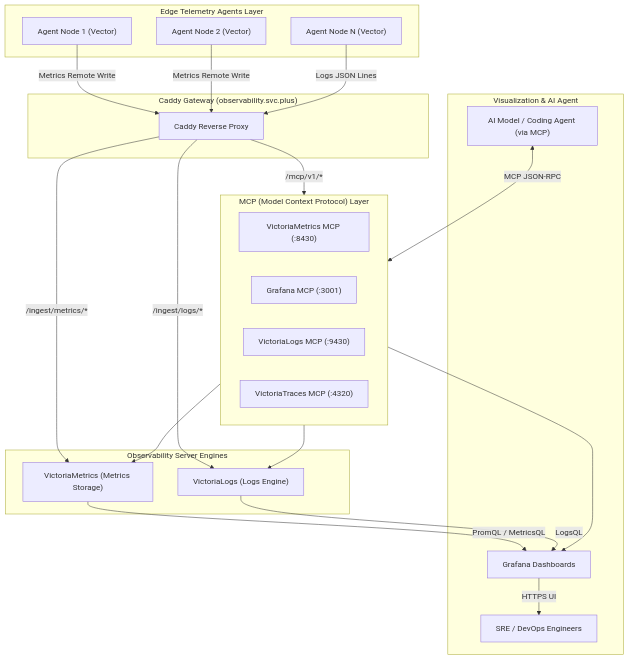
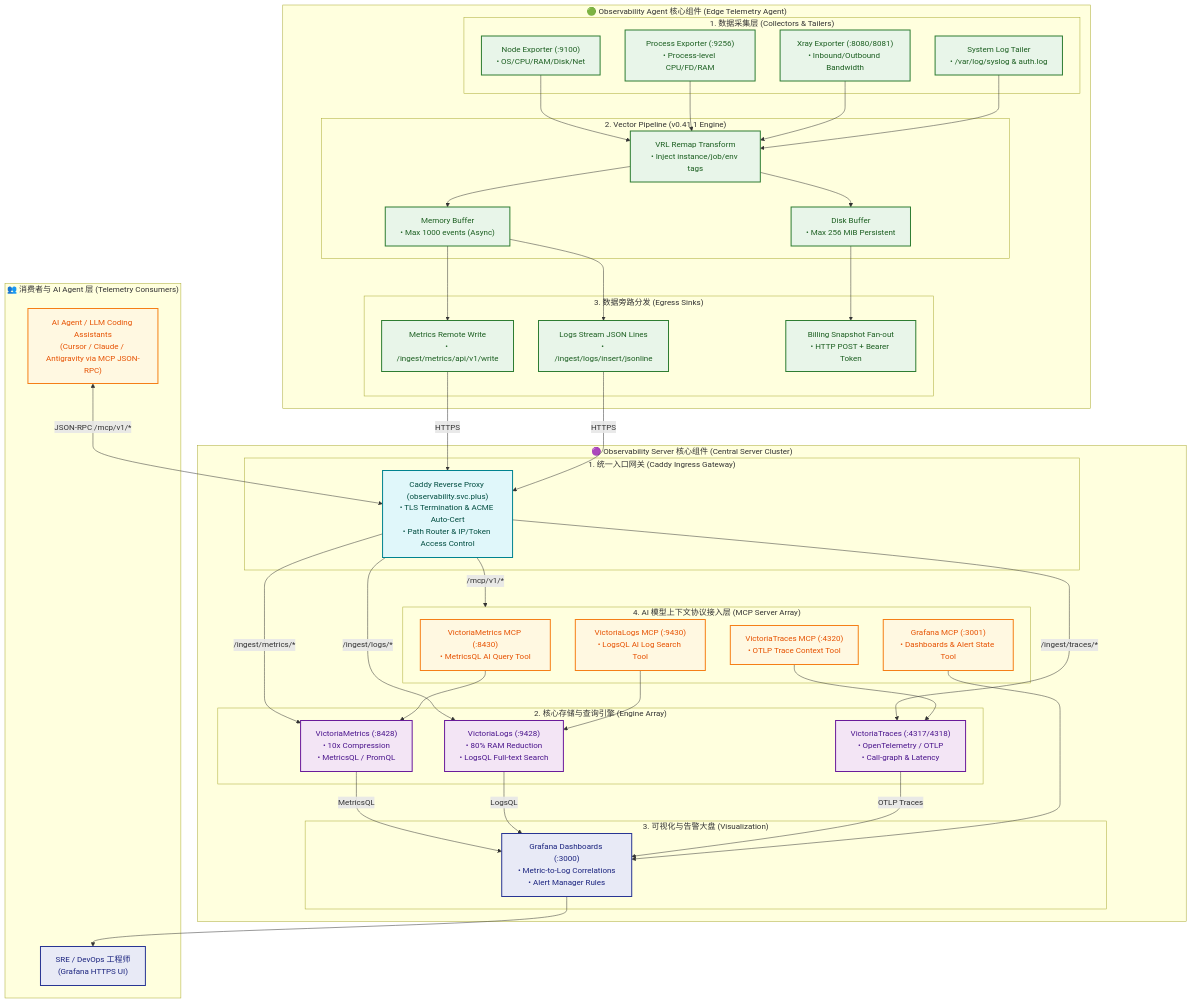
One commit to Cloud-Neutral-Workshop/knowledge changed the diagram in content/03-observability/observability-server-core.en.md. Above: the diagram before and after it, drawn with Mermaid. The commit also changed other lines of this file and 4 other files, not shown here.

Commit message:
feat(blog): merge observability & MCP ecosystem cheatsheet and AI agent workflows into posts

````diff
--- a/content/03-observability/observability-server-core.en.md
+++ b/content/03-observability/observability-server-core.en.md
@@ -107,48 +146,93 @@
 ```mermaid
 flowchart TD
-    subgraph Agents ["Edge Telemetry Agents Layer"]
-        V1["Agent Node 1 (Vector)"]
-        V2["Agent Node 2 (Vector)"]
-        VN["Agent Node N (Vector)"]
+    classDef agentStyle fill:#e8f5e9,stroke:#2e7d32,stroke-width:2px,color:#1b5e20;
+    classDef ingressStyle fill:#e0f7fa,stroke:#00838f,stroke-width:2px,color:#004d40;
+    classDef serverStyle fill:#f3e5f5,stroke:#6a1b9a,stroke-width:2px,color:#4a148c;
+    classDef mcpStyle fill:#fff8e1,stroke:#f57f17,stroke-width:2px,color:#e65100;
+    classDef uiStyle fill:#e8eaf6,stroke:#283593,stroke-width:2px,color:#1a237e;
+
+    subgraph SECTION_AGENT ["🟢 Observability Agent 核心组件 (Edge Telemetry Agent)"]
+        subgraph AG_COLLECT ["1. 数据采集层 (Collectors & Tailers)"]
+            EX_NODE["Node Exporter (:9100)<br>• OS/CPU/RAM/Disk/Net"]:::agentStyle
+            EX_PROC["Process Exporter (:9256)<br>• Process-level CPU/FD/RAM"]:::agentStyle
+            EX_XRAY["Xray Exporter (:8080/8081)<br>• Inbound/Outbound Bandwidth"]:::agentStyle
+            EX_LOGS["System Log Tailer<br>• /var/log/syslog & auth.log"]:::agentStyle
+        end
+
+        subgraph AG_PIPELINE ["2. Vector Pipeline (v0.41.1 Engine)"]
+            V_REMAP["VRL Remap Transform<br>• Inject instance/job/env tags"]:::agentStyle
+            V_BUF_MEM["Memory Buffer<br>• Max 1000 events (Async)"]:::agentStyle
+            V_BUF_DISK["Disk Buffer<br>• Max 256 MiB Persistent"]:::agentStyle
+        end
+
+        subgraph AG_EGRESS ["3. 数据旁路分发 (Egress Sinks)"]
+            SINK_METRICS["Metrics Remote Write<br>• /ingest/metrics/api/v1/write"]:::agentStyle
+            SINK_LOGS["Logs Stream JSON Lines<br>• /ingest/logs/insert/jsonline"]:::agentStyle
+            SINK_BILLING["Billing Snapshot Fan-out<br>• HTTP POST + Bearer Token"]:::agentStyle
+        end
     end
 
-    subgraph ServerIngress ["Caddy Gateway (observability.svc.plus)"]
-        CADDY["Caddy Reverse Proxy"]
+    subgraph SECTION_SERVER ["🟣 Observability Server 核心组件 (Central Server Cluster)"]
+        subgraph GATEWAY ["1. 统一入口网关 (Caddy Ingress Gateway)"]
+            CADDY["Caddy Reverse Proxy (observability.svc.plus)<br>• TLS Termination & ACME Auto-Cert<br>• Path Router & IP/Token Access Control"]:::ingressStyle
+        end
+
+        subgraph ENGINES ["2. 核心存储与查询引擎 (Engine Array)"]
+            VM["VictoriaMetrics (:8428)<br>• 10x Compression<br>• MetricsQL / PromQL"]:::serverStyle
+            VL["VictoriaLogs (:9428)<br>• 80% RAM Reduction<br>• LogsQL Full-text Search"]:::serverStyle
+            VT["VictoriaTraces (:4317/4318)<br>• OpenTelemetry / OTLP<br>• Call-graph & Latency"]:::serverStyle
+        end
+
+        subgraph VISUAL ["3. 可视化与告警大盘 (Visualization)"]
+            GRAFANA["Grafana Dashboards (:3000)<br>• Metric-to-Log Correlations<br>• Alert Manager Rules"]:::uiStyle
+        end
+
+        subgraph MCP_ARRAY ["4. AI 模型上下文协议接入层 (MCP Server Array)"]
+            MCP_VM["VictoriaMetrics MCP (:8430)<br>• MetricsQL AI Query Tool"]:::mcpStyle
+            MCP_VL["VictoriaLogs MCP (:9430)<br>• LogsQL AI Log Search Tool"]:::mcpStyle
+            MCP_VT["VictoriaTraces MCP (:4320)<br>• OTLP Trace Context Tool"]:::mcpStyle
+            MCP_GF["Grafana MCP (:3001)<br>• Dashboards & Alert State Tool"]:::mcpStyle
+        end
     end
 
-    subgraph CoreEngine ["Observability Server Engines"]
-        VM["VictoriaMetrics (Metrics Storage)"]
-        VL["VictoriaLogs (Logs Engine)"]
+    subgraph CONSUMERS ["👥 消费者与 AI Agent 层 (Telemetry Consumers)"]
+        SRE["SRE / DevOps 工程师<br>(Grafana HTTPS UI)"]:::uiStyle
+        AI_AGENT["AI Agent / LLM Coding Assistants<br>(Cursor / Claude / Antigravity via MCP JSON-RPC)"]:::mcpStyle
     end
 
-    subgraph MCPLayer ["MCP (Model Context Protocol) Layer"]
-        VM_MCP["VictoriaMetrics MCP (:8430)"]
-        GRAFANA_MCP["Grafana MCP (:3001)"]
-        VL_MCP["VictoriaLogs MCP (:9430)"]
-        VT_MCP["VictoriaTraces MCP (:4320)"]
-    end
+    %% Agent Flow
+    EX_NODE --> V_REMAP
+    EX_PROC --> V_REMAP
+    EX_XRAY --> V_REMAP
+    EX_LOGS --> V_REMAP
+    V_REMAP --> V_BUF_MEM
+    V_REMAP --> V_BUF_DISK
+    V_BUF_MEM --> SINK_METRICS
+    V_BUF_MEM --> SINK_LOGS
+    V_BUF_DISK --> SINK_BILLING
 
-    subgraph Visualization ["Visualization & AI Agent"]
-        GRAFANA["Grafana Dashboards"]
-        AI_AGENT["AI Model / Coding Agent (via MCP)"]
-        USERS["SRE / DevOps Engineers"]
-    end
+    %% Ingress Flow
+    SINK_METRICS -->|HTTPS| CADDY
+    SINK_LOGS -->|HTTPS| CADDY
 
-    V1 -->|Metrics Remote Write| CADDY
-    V2 -->|Metrics Remote Write| CADDY
-    VN -->|Logs JSON Lines| CADDY
-
+    %% Ingress to Engines
     CADDY -->|/ingest/metrics/*| VM
     CADDY -->|/ingest/logs/*| VL
-    CADDY -->|/mcp/v1/*| MCPLayer
+    CADDY -->|/ingest/traces/*| VT
+    CADDY -->|/mcp/v1/*| MCP_ARRAY
 
-    MCPLayer --> VM
-    MCPLayer --> VL
-    MCPLayer --> GRAFANA
+    %% Engines to Visualization
+    VM -->|MetricsQL| GRAFANA
+    VL -->|LogsQL| GRAFANA
+    VT -->|OTLP Traces| GRAFANA
 
-    VM -->|PromQL / MetricsQL| GRAFANA
-    VL -->|LogsQL| GRAFANA
+    %% MCP to Engines
+    MCP_VM --> VM
+    MCP_VL --> VL
+    MCP_VT --> VT
+    MCP_GF --> GRAFANA
 
-    GRAFANA -->|HTTPS UI| USERS
-    AI_AGENT <-->|MCP JSON-RPC| MCPLayer
+    %% Consumers
+    GRAFANA --> SRE
+    AI_AGENT <-->|JSON-RPC /mcp/v1/*| CADDY
 ```
````
